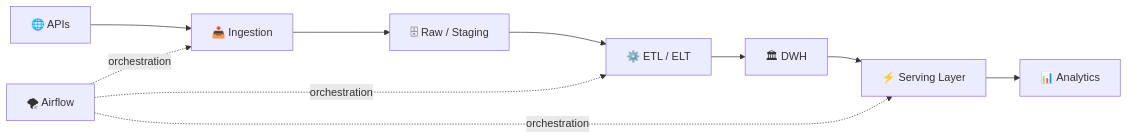
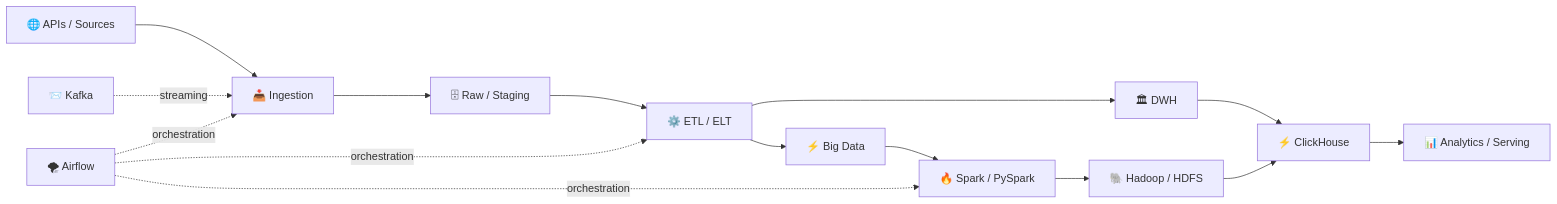
Before and after one commit to 1nf6ct6d/1nf6ct6d: the diagram in README.md, drawn with Mermaid. The commit also changed other lines of this file, not shown here.

````diff
--- a/README.md
+++ b/README.md
@@ -81,13 +112,24 @@
 ```mermaid
 flowchart LR
-    API["🌐 APIs"] --> ING["📥 Ingestion"]
-    ING --> RAW["🗄 Raw / Staging"]
-    RAW --> ETL["⚙️ ETL / ELT"]
-    ETL --> DWH["🏛 DWH"]
-    DWH --> SERVE["⚡ Serving Layer"]
-    SERVE --> BI["📊 Analytics"]
+    A["🌐 APIs / Sources"] --> B["📥 Ingestion"]
+    B --> C["🗄 Raw / Staging"]
 
-    AIRFLOW["🌪 Airflow"] -. orchestration .-> ING
-    AIRFLOW -. orchestration .-> ETL
-    AIRFLOW -. orchestration .-> SERVE
+    C --> D["⚙️ ETL / ELT"]
+
+    D --> E["🏛 DWH"]
+    D --> F["⚡ Big Data"]
+
+    F --> SP["🔥 Spark / PySpark"]
+    SP --> HD["🐘 Hadoop / HDFS"]
+
+    E --> CH["⚡ ClickHouse"]
+    HD --> CH
+
+    CH --> G["📊 Analytics / Serving"]
+
+    AF["🌪 Airflow"] -. orchestration .-> B
+    AF -. orchestration .-> D
+    AF -. orchestration .-> SP
+
+    KF["📨 Kafka"] -. streaming .-> B
 ```
````
